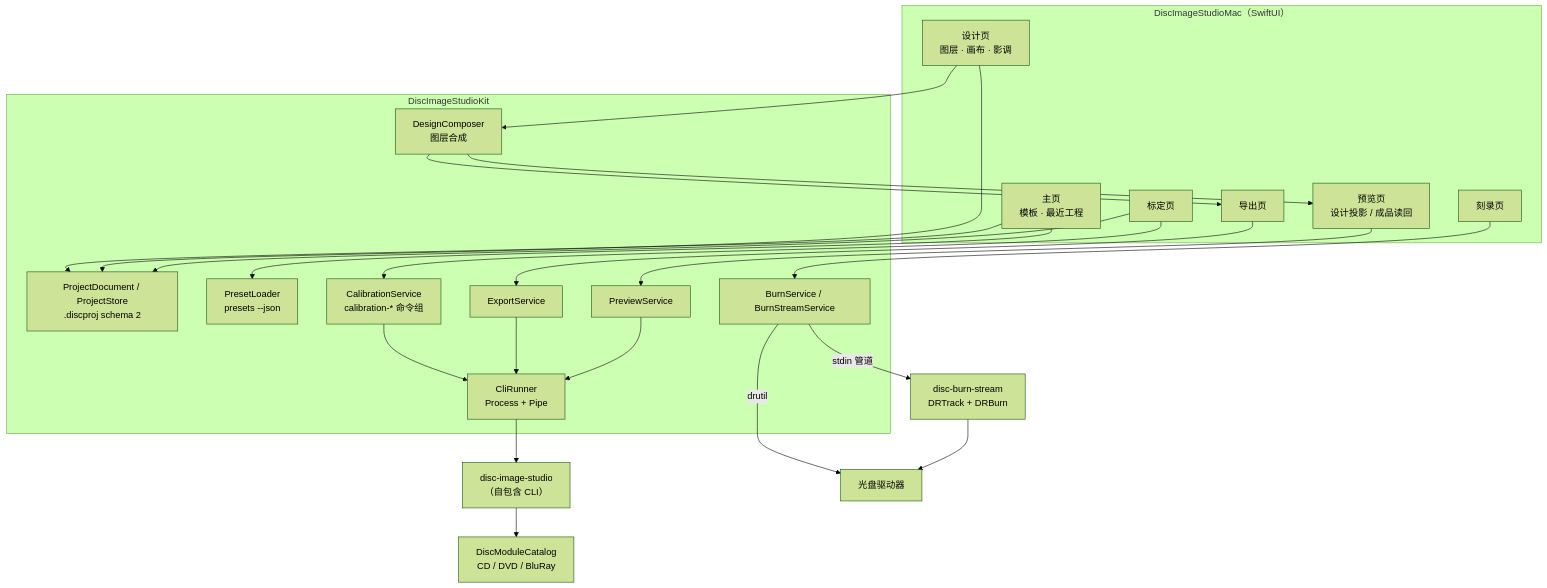
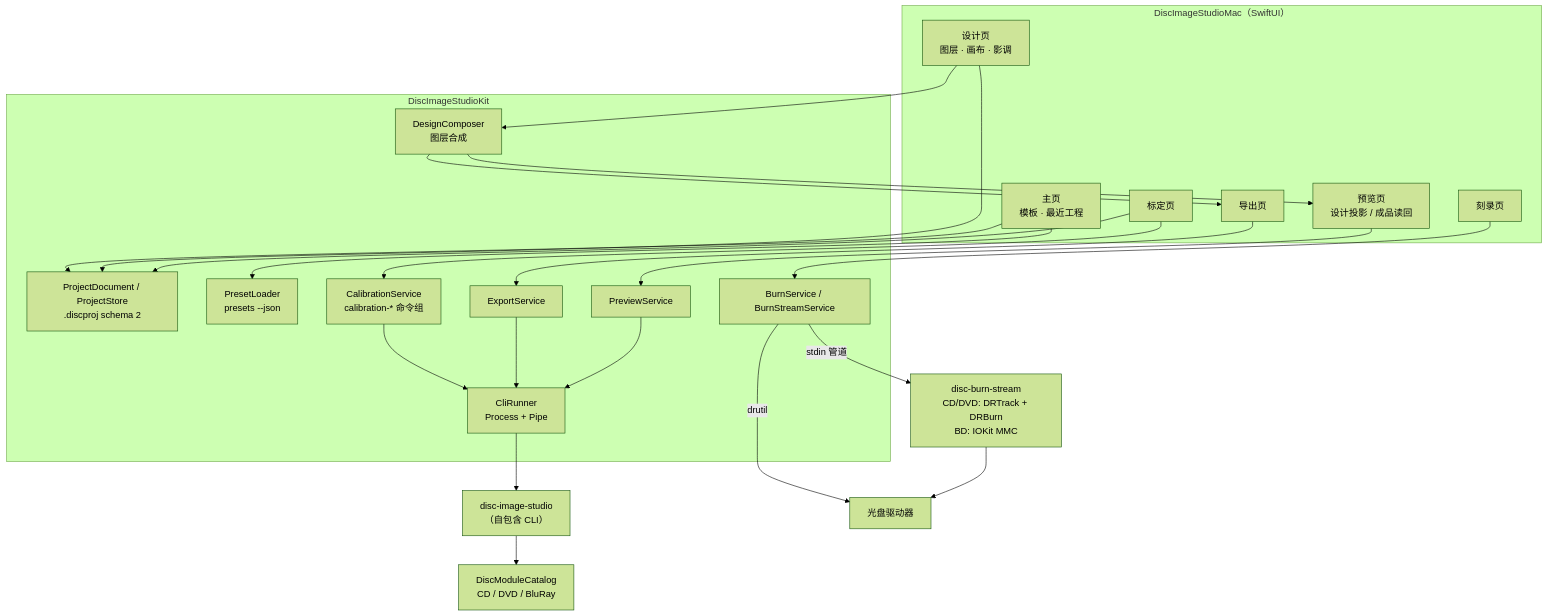
One commit to JiaFeiMiao-K-Cat/DiscImageStudio changed the first of 2 diagrams in docs/MACOS_GUI.md. Above: the diagram before and after it, drawn with Mermaid (forest theme). The commit also changed other lines of this file and 6 other files, not shown here.

Commit message:
文档：同步 macOS BD MMC、DVD/BD 随盘文件与校验策略

````diff
--- a/docs/MACOS_GUI.md
+++ b/docs/MACOS_GUI.md
@@ -39,40 +39,40 @@
 ```mermaid
 flowchart TB
     subgraph App["DiscImageStudioMac（SwiftUI）"]
         Home["主页<br/>模板 · 最近工程"]
         Design["设计页<br/>图层 · 画布 · 影调"]
         Preview["预览页<br/>设计投影 / 成品读回"]
         Export["导出页"]
         Burn["刻录页"]
         Calib["标定页"]
     end
     subgraph Kit["DiscImageStudioKit"]
         Doc["ProjectDocument / ProjectStore<br/>.discproj schema 2"]
         Presets["PresetLoader<br/>presets --json"]
         Composer["DesignComposer<br/>图层合成"]
         ExportSvc["ExportService"]
         PreviewSvc["PreviewService"]
         BurnSvc["BurnService / BurnStreamService"]
         CalibSvc["CalibrationService<br/>calibration-* 命令组"]
         Runner["CliRunner<br/>Process + Pipe"]
     end
     Home --> Doc
     Home --> Presets
     Design --> Composer
     Design --> Doc
     Composer --> Preview
     Composer --> Export
     Export --> ExportSvc
     Preview --> PreviewSvc
     Burn --> BurnSvc
     Calib --> CalibSvc
     Calib --> Doc
     CalibSvc --> Runner
     ExportSvc --> Runner
     PreviewSvc --> Runner
     Runner --> CLI["disc-image-studio<br/>（自包含 CLI）"]
     CLI --> Modules["DiscModuleCatalog<br/>CD / DVD / BluRay"]
     BurnSvc -->|"drutil"| Drive["光盘驱动器"]
-    BurnSvc -->|"stdin 管道"| Helper["disc-burn-stream<br/>DRTrack + DRBurn"]
+    BurnSvc -->|"stdin 管道"| Helper["disc-burn-stream<br/>CD/DVD: DRTrack + DRBurn<br/>BD: IOKit MMC"]
     Helper --> Drive
 ```
````
